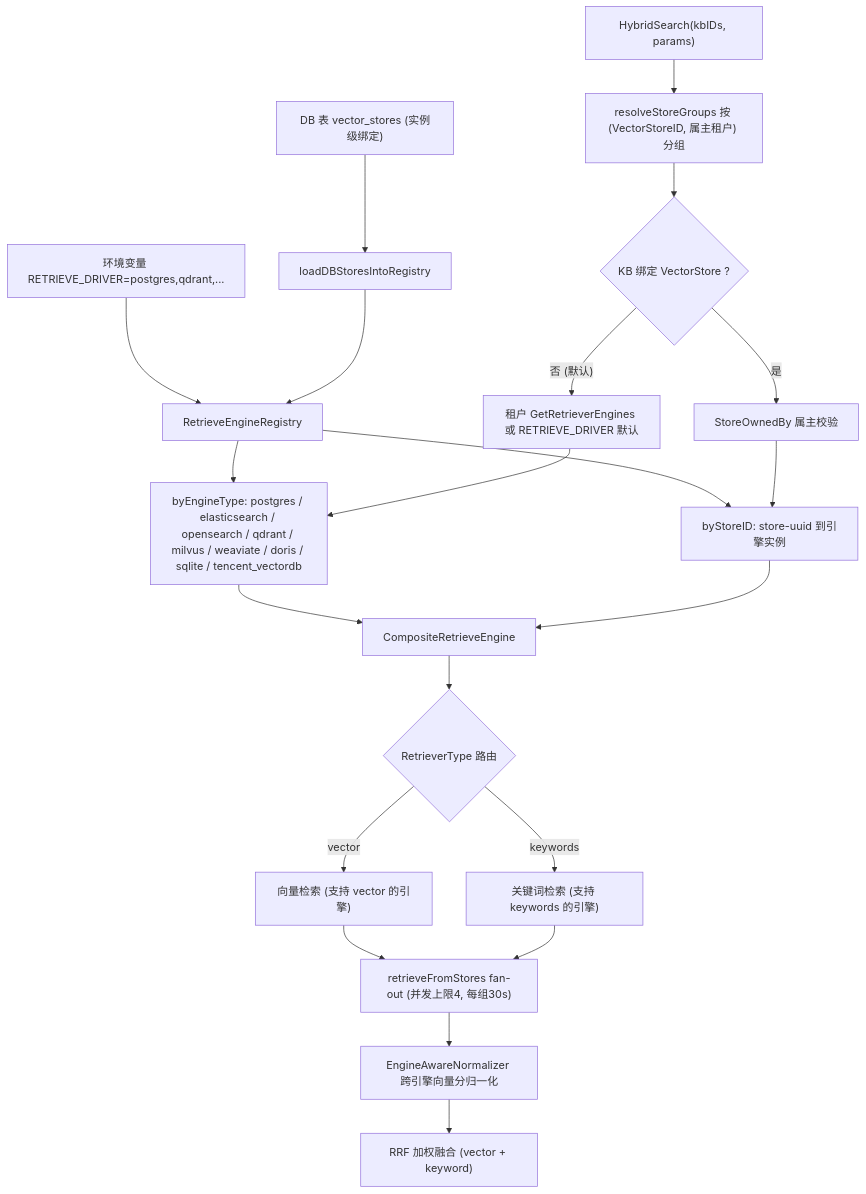
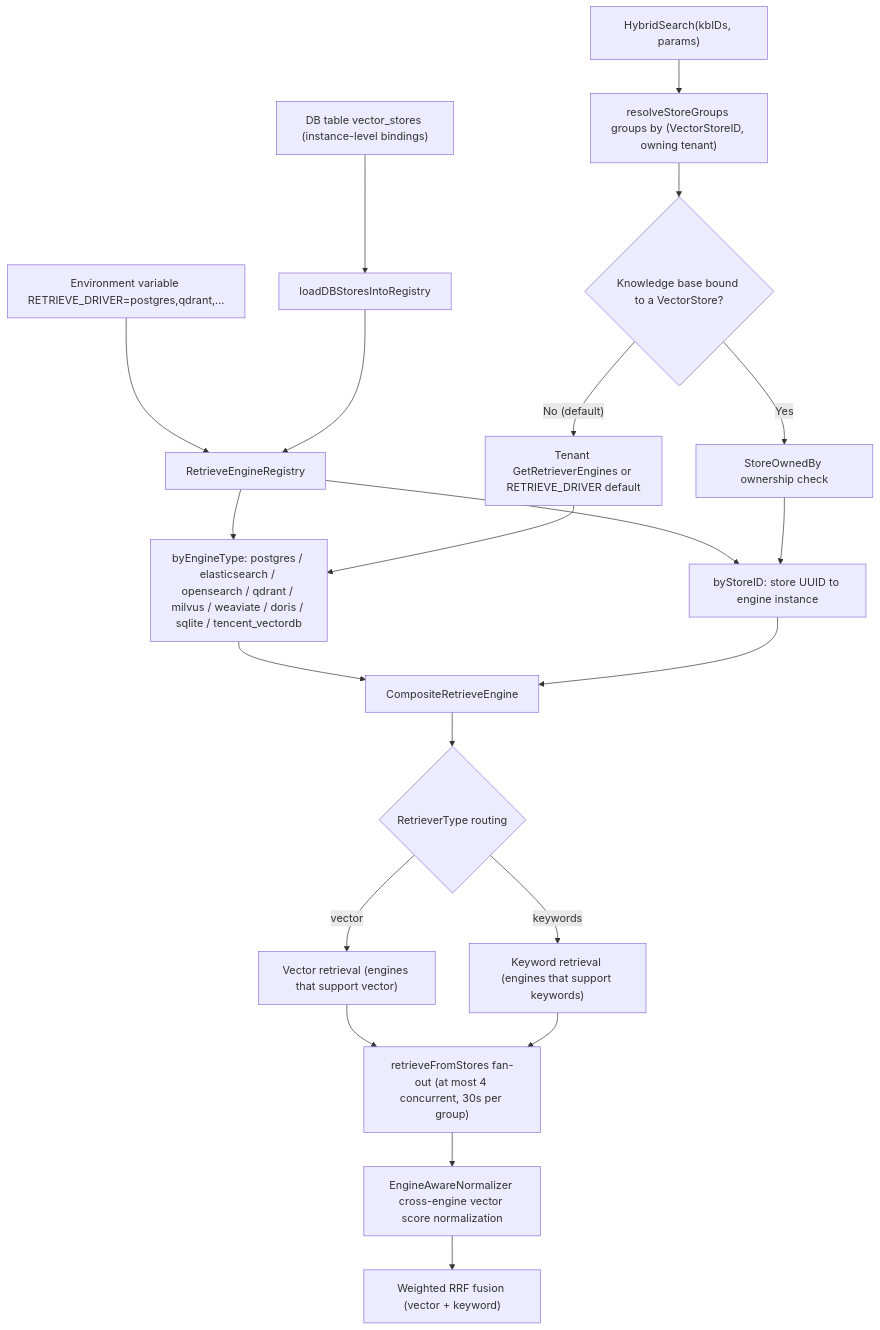
One commit to jrmatherly/ai-kb changed the first of 2 diagrams in website-docs/03-features/05-retrieval-engines.md. Above: the diagram before and after it, drawn with Mermaid. The commit also changed other lines of this file and 5 other files, not shown here.

First line of the commit message:
docs(features): translate batch 2 (tenant auth, chunking, retrieval engines, data sources, observability)

````diff
--- a/website-docs/03-features/05-retrieval-engines.md
+++ b/website-docs/03-features/05-retrieval-engines.md
@@ -88,24 +92,24 @@
 ```mermaid
 flowchart TD
-    ENV["环境变量 RETRIEVE_DRIVER=postgres,qdrant,..."] --> REG
-    DB["DB 表 vector_stores (实例级绑定)"] --> LOAD["loadDBStoresIntoRegistry"]
+    ENV["Environment variable RETRIEVE_DRIVER=postgres,qdrant,..."] --> REG
+    DB["DB table vector_stores (instance-level bindings)"] --> LOAD["loadDBStoresIntoRegistry"]
     LOAD --> REG["RetrieveEngineRegistry"]
     REG --> BET["byEngineType: postgres / elasticsearch / opensearch / qdrant / milvus / weaviate / doris / sqlite / tencent_vectordb"]
-    REG --> BSI["byStoreID: store-uuid 到引擎实例"]
+    REG --> BSI["byStoreID: store UUID to engine instance"]
 
-    Q["HybridSearch(kbIDs, params)"] --> GRP["resolveStoreGroups 按 (VectorStoreID, 属主租户) 分组"]
-    GRP --> F1{"KB 绑定 VectorStore ?"}
-    F1 -- "否 (默认)" --> TEN["租户 GetRetrieverEngines 或 RETRIEVE_DRIVER 默认"]
+    Q["HybridSearch(kbIDs, params)"] --> GRP["resolveStoreGroups groups by (VectorStoreID, owning tenant)"]
+    GRP --> F1{"Knowledge base bound to a VectorStore?"}
+    F1 -- "No (default)" --> TEN["Tenant GetRetrieverEngines or RETRIEVE_DRIVER default"]
     TEN --> BET
-    F1 -- "是" --> OWN["StoreOwnedBy 属主校验"]
+    F1 -- "Yes" --> OWN["StoreOwnedBy ownership check"]
     OWN --> BSI
     BET --> COMP["CompositeRetrieveEngine"]
     BSI --> COMP
-    COMP --> RT{"RetrieverType 路由"}
-    RT -- "vector" --> VE["向量检索 (支持 vector 的引擎)"]
-    RT -- "keywords" --> KE["关键词检索 (支持 keywords 的引擎)"]
-    VE --> FAN["retrieveFromStores fan-out (并发上限4, 每组30s)"]
+    COMP --> RT{"RetrieverType routing"}
+    RT -- "vector" --> VE["Vector retrieval (engines that support vector)"]
+    RT -- "keywords" --> KE["Keyword retrieval (engines that support keywords)"]
+    VE --> FAN["retrieveFromStores fan-out (at most 4 concurrent, 30s per group)"]
     KE --> FAN
-    FAN --> NORM["EngineAwareNormalizer 跨引擎向量分归一化"]
-    NORM --> RRF["RRF 加权融合 (vector + keyword)"]
+    FAN --> NORM["EngineAwareNormalizer cross-engine vector score normalization"]
+    NORM --> RRF["Weighted RRF fusion (vector + keyword)"]
 ```
````
